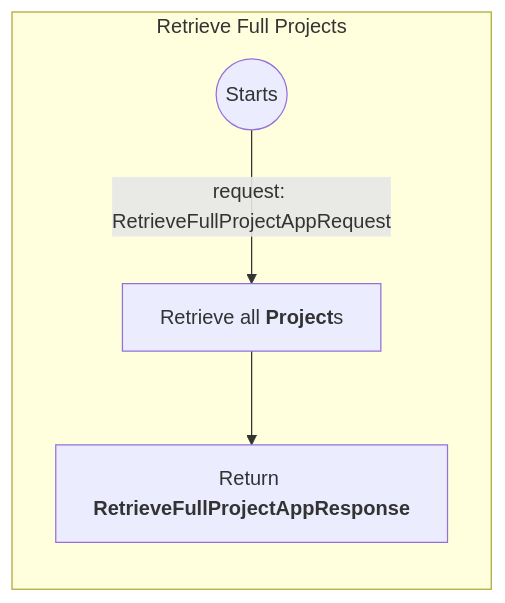
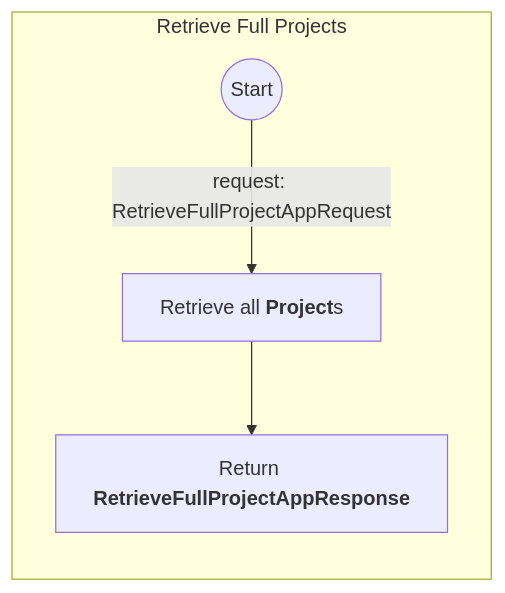
Before and after one commit to sdlfly2000/DomainBasedDesigner: the second of 2 diagrams in AI/Actions/ProjectAppService.md, drawn with Mermaid. The commit also changed other lines of this file, not shown here.

Commit message:
Update ProjectAppService AI md

````diff
--- a/AI/Actions/ProjectAppService.md
+++ b/AI/Actions/ProjectAppService.md
@@ -52,12 +47,9 @@
     ```mermaid
         graph TB
             subgraph main [Retrieve Full Projects]
                 direction TB
-                start(("Start"s)) -->
-
+                start(("Start")) -->
                 |request: RetrieveFullProjectAppRequest| retrieveAllProjects["`Retrieve all **Project**s`"] -->
-
-                %% {/* return new RetrieveFullProjectAppResponse(request.Id, projects, true, null)  */}
                 return["`Return **RetrieveFullProjectAppResponse**`"]
             end
     ```
````
